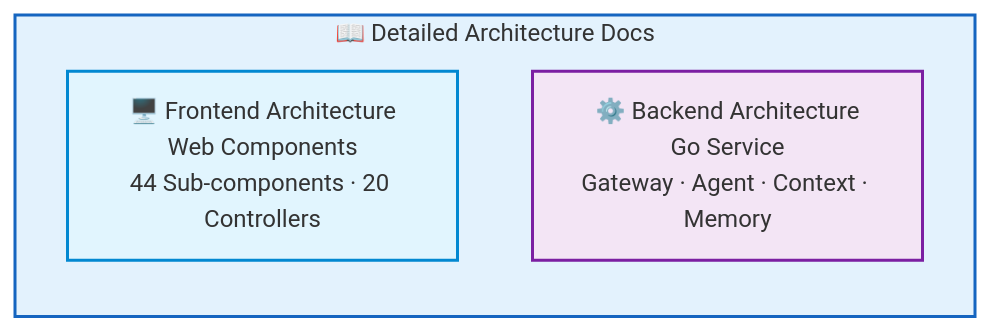
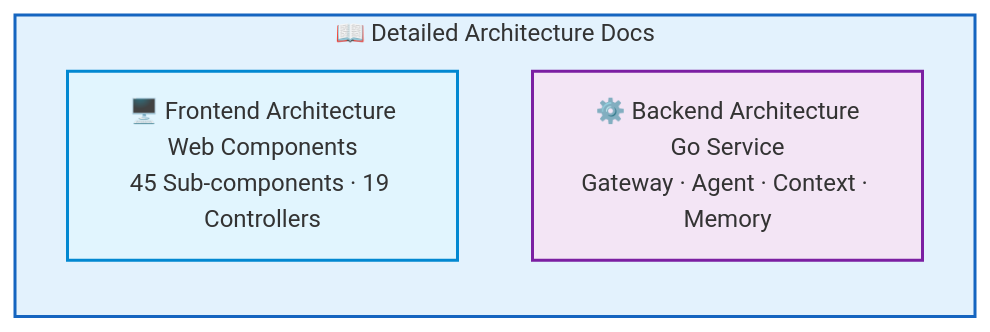
One commit to rtc-agent/docs changed the third of 3 diagrams in src/content/docs/en/architecture/index.md. Above: the diagram before and after it, drawn with Mermaid. The commit also changed 9 other files, not shown here.

````diff
--- a/src/content/docs/en/architecture/index.md
+++ b/src/content/docs/en/architecture/index.md
@@ -123,12 +123,12 @@
 ```mermaid
 flowchart LR
     subgraph PAGES["📖 Detailed Architecture Docs"]
         direction TB
-        FE_PAGE["🖥️ Frontend Architecture<br/>Web Components<br/>44 Sub-components · 20 Controllers"]
+        FE_PAGE["🖥️ Frontend Architecture<br/>Web Components<br/>45 Sub-components · 19 Controllers"]
         BE_PAGE["⚙️ Backend Architecture<br/>Go Service<br/>Gateway · Agent · Context · Memory"]
     end
 
     style PAGES fill:#e3f2fd,stroke:#1565c0,stroke-width:2px
     style FE_PAGE fill:#e1f5fe,stroke:#0288d1,stroke-width:2px
     style BE_PAGE fill:#f3e5f5,stroke:#7b1fa2,stroke-width:2px
 ```
````
